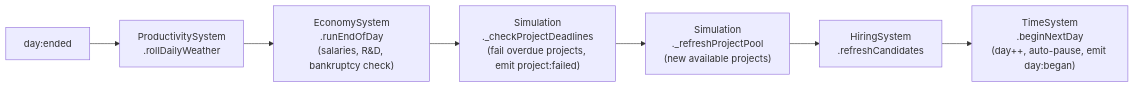
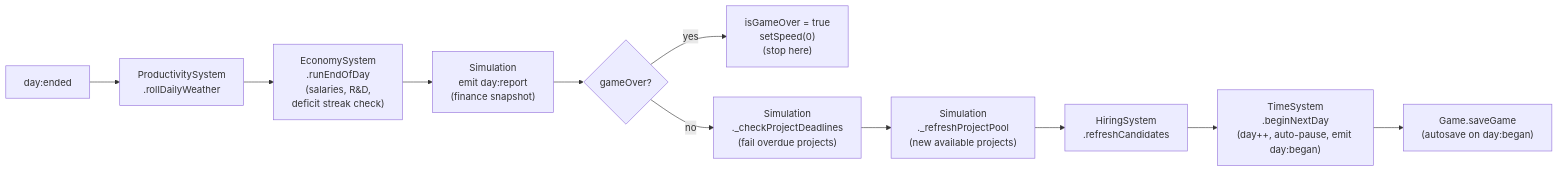
The third of 4 diagrams in docs/ARCHITECTURE.md (dan-adrian-robert/software-empire-pixi), drawn with Mermaid before and after one commit. The commit also changed other lines of this file and 29 other files, not shown here.

````diff
--- a/docs/ARCHITECTURE.md
+++ b/docs/ARCHITECTURE.md
@@ -124,9 +127,13 @@
 ```mermaid
 flowchart LR
   dayEnded["day:ended"] --> Weather["ProductivitySystem\n.rollDailyWeather"]
-  Weather --> Economy["EconomySystem\n.runEndOfDay\n(salaries, R&D, bankruptcy check)"]
-  Economy --> Deadlines["Simulation\n._checkProjectDeadlines\n(fail overdue projects, emit project:failed)"]
+  Weather --> Economy["EconomySystem\n.runEndOfDay\n(salaries, R&D,\ndeficit streak check)"]
+  Economy --> Report["Simulation\nemit day:report\n(finance snapshot)"]
+  Report --> GameOverBranch{gameOver?}
+  GameOverBranch -->|yes| Freeze["isGameOver = true\nsetSpeed(0)\n(stop here)"]
+  GameOverBranch -->|no| Deadlines["Simulation\n._checkProjectDeadlines\n(fail overdue projects)"]
   Deadlines --> Pool["Simulation\n._refreshProjectPool\n(new available projects)"]
   Pool --> Hiring["HiringSystem\n.refreshCandidates"]
   Hiring --> NextDay["TimeSystem\n.beginNextDay\n(day++, auto-pause, emit day:began)"]
+  NextDay --> Autosave["Game.saveGame\n(autosave on day:began)"]
 ```
````
